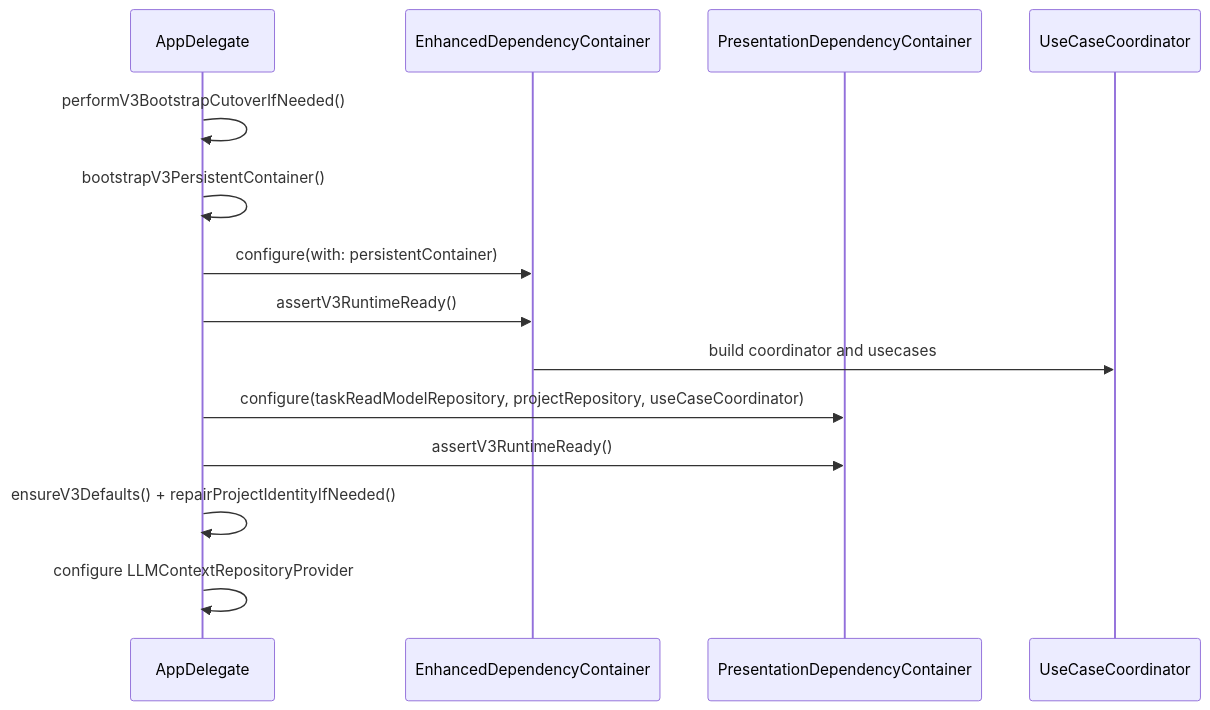
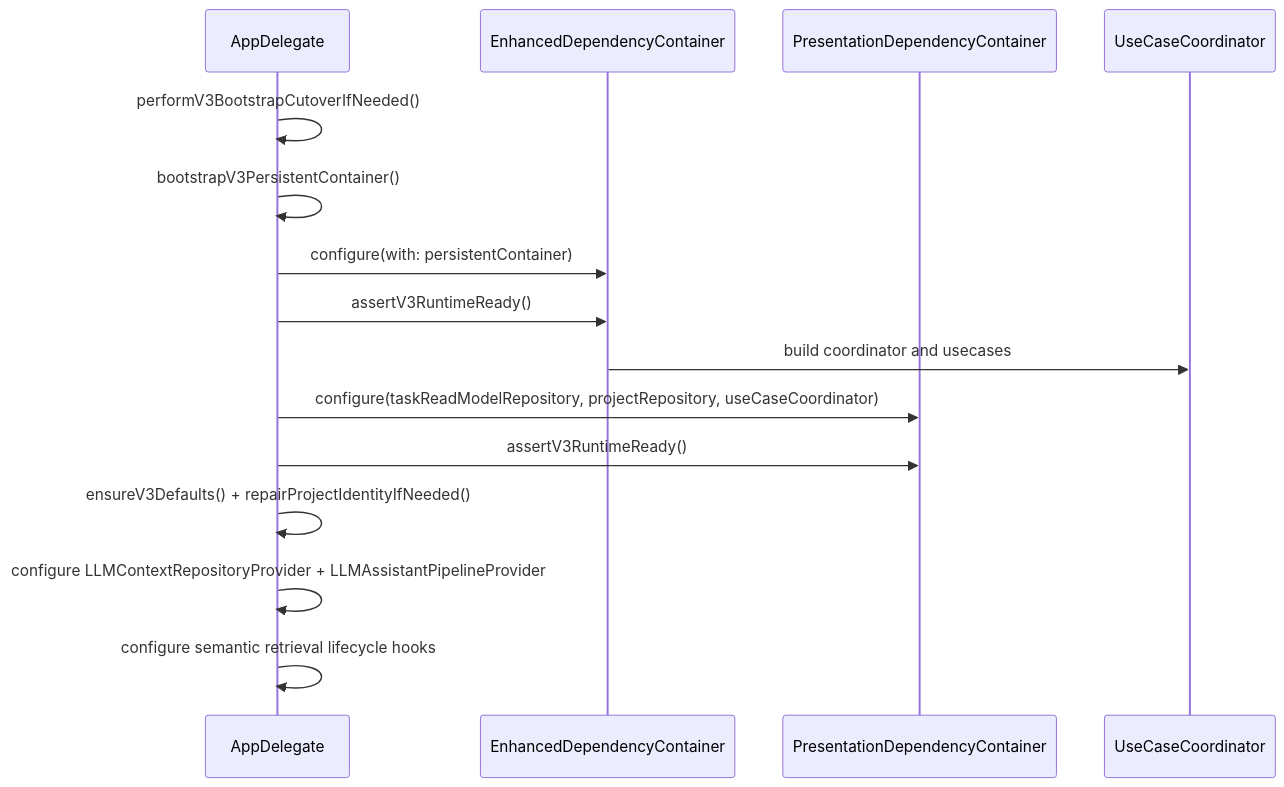
The diagram in docs/architecture/clean-architecture-v2.md (Saransh-Sharma/Tasker), drawn with Mermaid before and after one commit. The commit also changed other lines of this file and 8 other files, not shown here.

Commit message:
docs: update architecture docs to reflect LLM assistant stack v2 and v3 cutover plan

````diff
--- a/docs/architecture/clean-architecture-v2.md
+++ b/docs/architecture/clean-architecture-v2.md
@@ -47,17 +51,18 @@
 ```mermaid
 sequenceDiagram
     participant AD as AppDelegate
     participant EDC as EnhancedDependencyContainer
     participant PDC as PresentationDependencyContainer
     participant UCC as UseCaseCoordinator
 
     AD->>AD: performV3BootstrapCutoverIfNeeded()
     AD->>AD: bootstrapV3PersistentContainer()
     AD->>EDC: configure(with: persistentContainer)
     AD->>EDC: assertV3RuntimeReady()
     EDC->>UCC: build coordinator and usecases
     AD->>PDC: configure(taskReadModelRepository, projectRepository, useCaseCoordinator)
     AD->>PDC: assertV3RuntimeReady()
     AD->>AD: ensureV3Defaults() + repairProjectIdentityIfNeeded()
-    AD->>AD: configure LLMContextRepositoryProvider
+    AD->>AD: configure LLMContextRepositoryProvider + LLMAssistantPipelineProvider
+    AD->>AD: configure semantic retrieval lifecycle hooks
 ```
````
